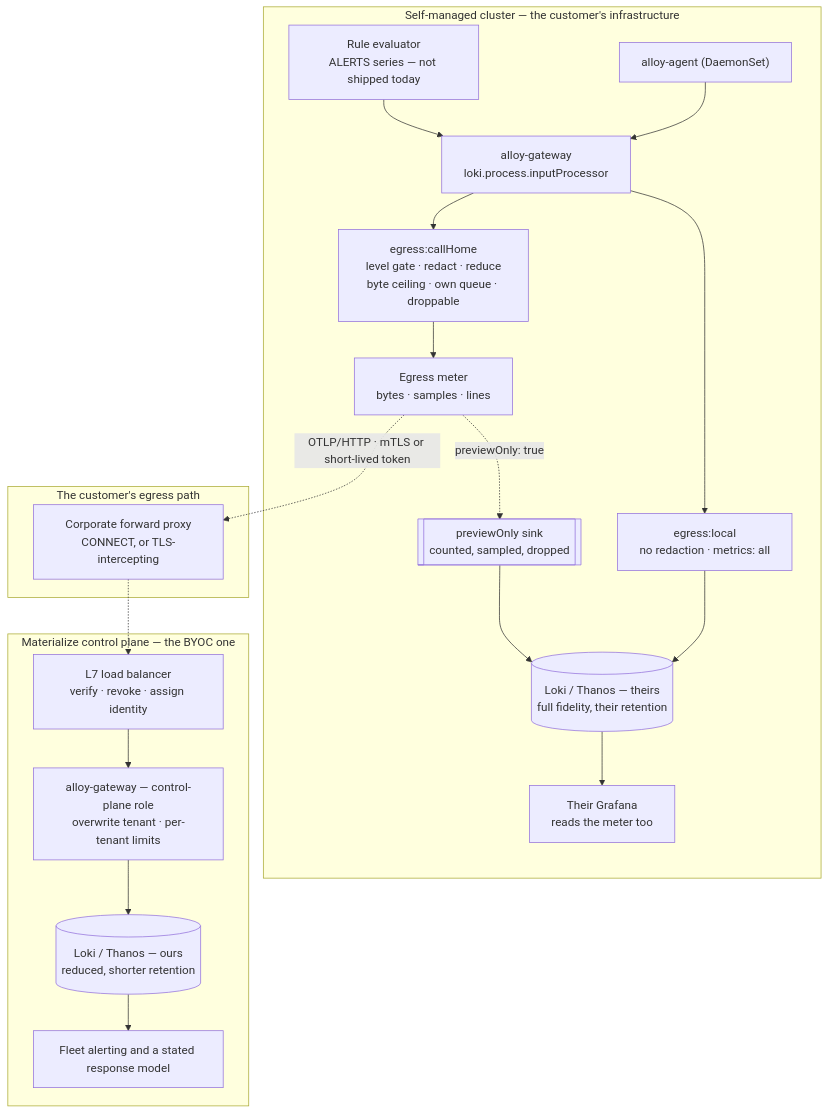
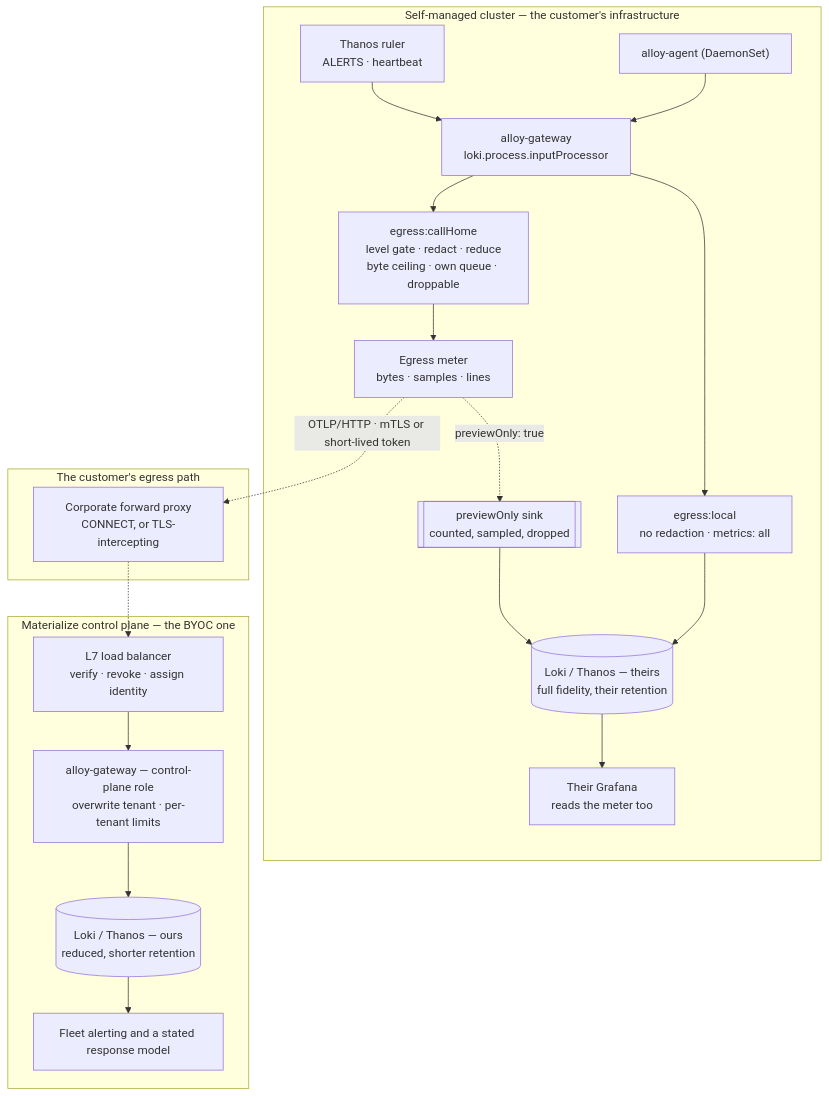
One commit to MaterializeInc/materialize-monitoring changed the diagram in docs/content/reference/development/design-docs/20260917-call-home-self-managed.md. Above: the diagram before and after it, drawn with Mermaid. The commit also changed other lines of this file and 34 other files, not shown here.

First line of the commit message:
Add the call-home heartbeat and the alerts metric tier (DEP-281, DEP-282)

````diff
--- a/docs/content/reference/development/design-docs/20260917-call-home-self-managed.md
+++ b/docs/content/reference/development/design-docs/20260917-call-home-self-managed.md
@@ -134,38 +140,38 @@
 ```mermaid
 flowchart TB
   subgraph cust["Self-managed cluster — the customer's infrastructure"]
     agent["alloy-agent (DaemonSet)"]
-    ruler["Rule evaluator<br/>ALERTS series — not shipped today"]
+    ruler["Thanos ruler<br/>ALERTS · heartbeat"]
     gw["alloy-gateway<br/>loki.process.inputProcessor"]
     local["egress:local<br/>no redaction · metrics: all"]
     ch["egress:callHome<br/>level gate · redact · reduce<br/>byte ceiling · own queue · droppable"]
     meter["Egress meter<br/>bytes · samples · lines"]
     preview[["previewOnly sink<br/>counted, sampled, dropped"]]
     store[("Loki / Thanos — theirs<br/>full fidelity, their retention")]
     graf["Their Grafana<br/>reads the meter too"]
 
     agent --> gw
     ruler --> gw
     gw --> local --> store --> graf
     gw --> ch
     ch --> meter
     meter -.->|"previewOnly: true"| preview
     preview --> store
   end
 
   subgraph net["The customer's egress path"]
     proxy["Corporate forward proxy<br/>CONNECT, or TLS-intercepting"]
   end
 
   subgraph mz["Materialize control plane — the BYOC one"]
     lb["L7 load balancer<br/>verify · revoke · assign identity"]
     cpgw["alloy-gateway — control-plane role<br/>overwrite tenant · per-tenant limits"]
     mzstore[("Loki / Thanos — ours<br/>reduced, shorter retention")]
     resp["Fleet alerting and a stated response model"]
 
     lb --> cpgw --> mzstore --> resp
   end
 
   meter -.->|"OTLP/HTTP · mTLS or short-lived token"| proxy
   proxy -.-> lb
 ```
````
